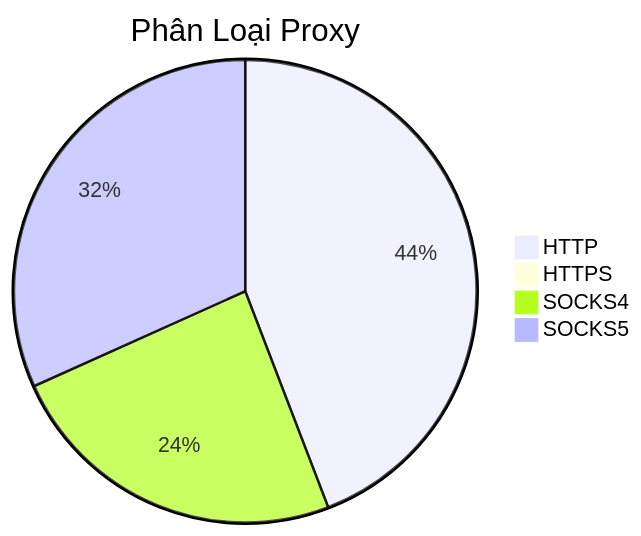
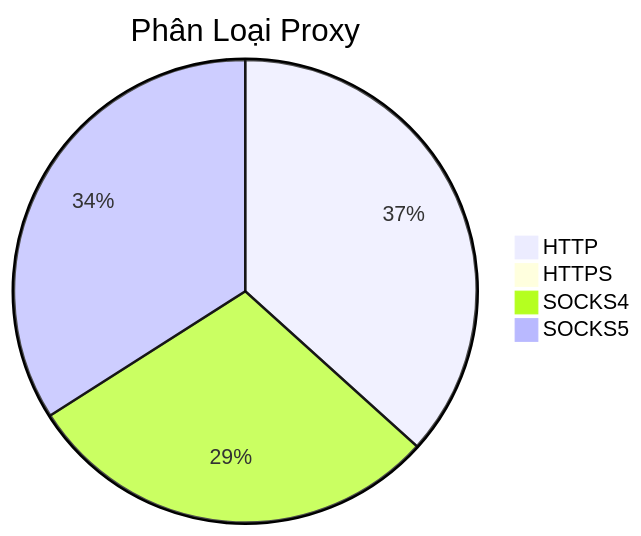
One commit to Ciara-12/PROXY-free changed the diagram in README.md. Above: the diagram before and after it, drawn with Mermaid. The commit also changed other lines of this file and 3 other files, not shown here.

````diff
--- a/README.md
+++ b/README.md
@@ -26,7 +26,7 @@
 ```mermaid
 pie title Phân Loại Proxy
-    "HTTP" : 511
+    "HTTP" : 386
     "HTTPS" : 0
-    "SOCKS4" : 279
-    "SOCKS5" : 367
+    "SOCKS4" : 308
+    "SOCKS5" : 358
 ```
````
